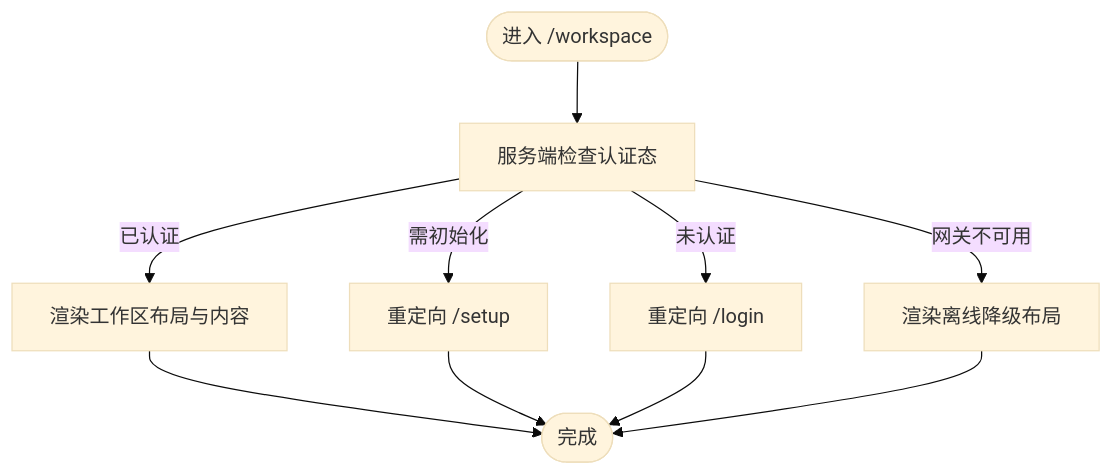
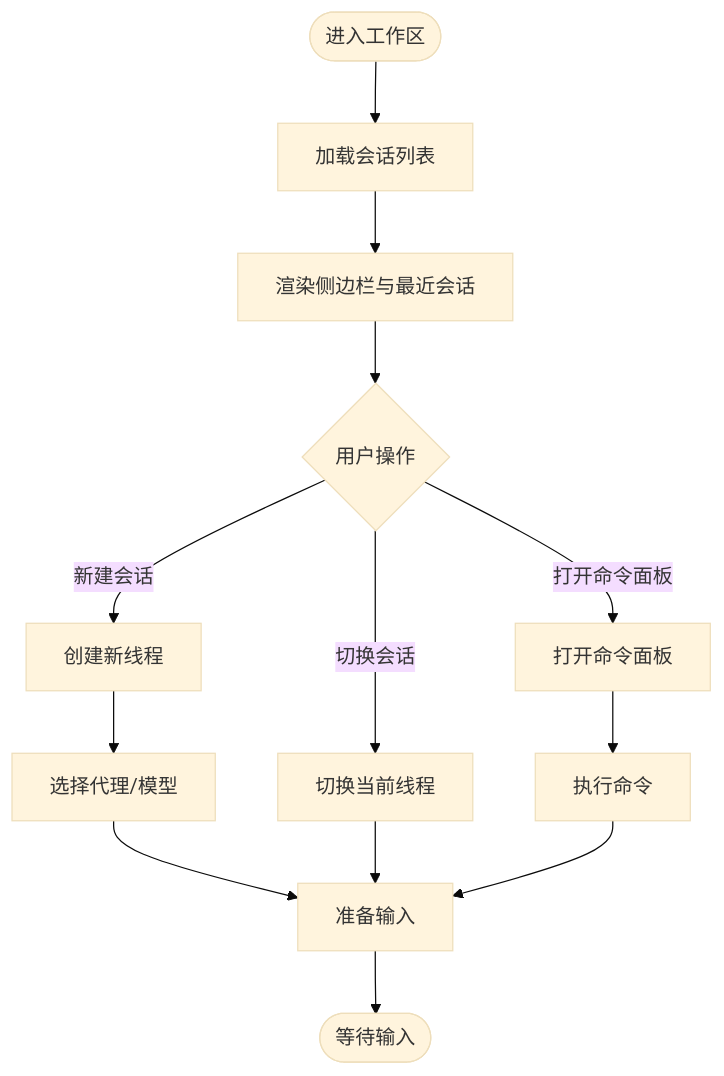
The third of 10 diagrams in .qoder/repowiki/zh/content/前端应用/前端应用.md (xfbyxq/deer-flow), drawn with Mermaid (base theme) before and after one commit. The commit also changed other lines of this file and 621 other files, not shown here.

````diff
--- a/.qoder/repowiki/zh/content/前端应用/前端应用.md
+++ b/.qoder/repowiki/zh/content/前端应用/前端应用.md
@@ -124,12 +424,15 @@
 ```mermaid
 flowchart TD
-Start(["进入 /workspace"]) --> CheckAuth["服务端检查认证态"]
-CheckAuth --> |已认证| RenderWorkspace["渲染工作区布局与内容"]
-CheckAuth --> |需初始化| RedirectSetup["重定向 /setup"]
-CheckAuth --> |未认证| RedirectLogin["重定向 /login"]
-CheckAuth --> |网关不可用| OfflineFallback["渲染离线降级布局"]
-RenderWorkspace --> End(["完成"])
-RedirectSetup --> End
-RedirectLogin --> End
-OfflineFallback --> End
+Start(["进入工作区"]) --> LoadList["加载会话列表"]
+LoadList --> RenderSidebar["渲染侧边栏与最近会话"]
+RenderSidebar --> UserAction{"用户操作"}
+UserAction --> |新建会话| CreateThread["创建新线程"]
+UserAction --> |切换会话| SwitchThread["切换当前线程"]
+UserAction --> |打开命令面板| OpenCmd["打开命令面板"]
+CreateThread --> SelectAgent["选择代理/模型"]
+SelectAgent --> Ready["准备输入"]
+SwitchThread --> Ready
+OpenCmd --> ExecuteCmd["执行命令"]
+ExecuteCmd --> Ready
+Ready --> End(["等待输入"])
 ```
````
